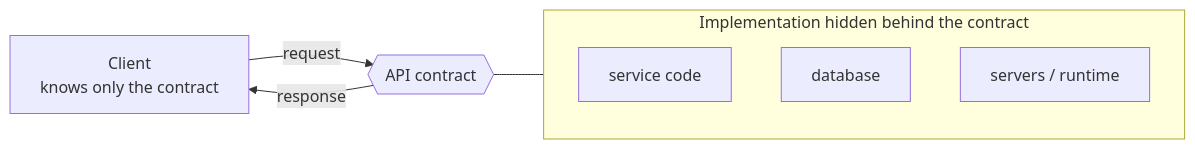
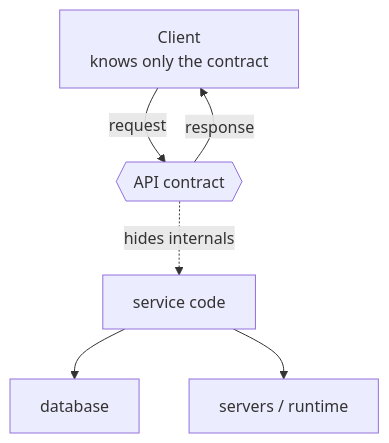
The first of 14 diagrams in 2026-2027-Sem1/AIMLCZG549-APIDrivenCloudNativeSolutions/notes/S01-api-basics.md (sanjaykumarpushadapu/MTech), drawn with Mermaid before and after one commit. The commit also changed other lines of this file and 3 other files, not shown here.

````diff
--- a/2026-2027-Sem1/AIMLCZG549-APIDrivenCloudNativeSolutions/notes/S01-api-basics.md
+++ b/2026-2027-Sem1/AIMLCZG549-APIDrivenCloudNativeSolutions/notes/S01-api-basics.md
@@ -21,12 +21,8 @@
 ```mermaid
-flowchart LR
+flowchart TD
     CL["Client<br/>knows only the contract"] -->|"request"| API{{"API contract"}}
     API -->|"response"| CL
-    subgraph IMPL["Implementation hidden behind the contract"]
-        direction TB
-        APP["service code"]
-        DB["database"]
-        INF["servers / runtime"]
-    end
-    API --- APP
+    API -.->|"hides internals"| APP["service code"]
+    APP --> DB["database"]
+    APP --> INF["servers / runtime"]
 ```
````
